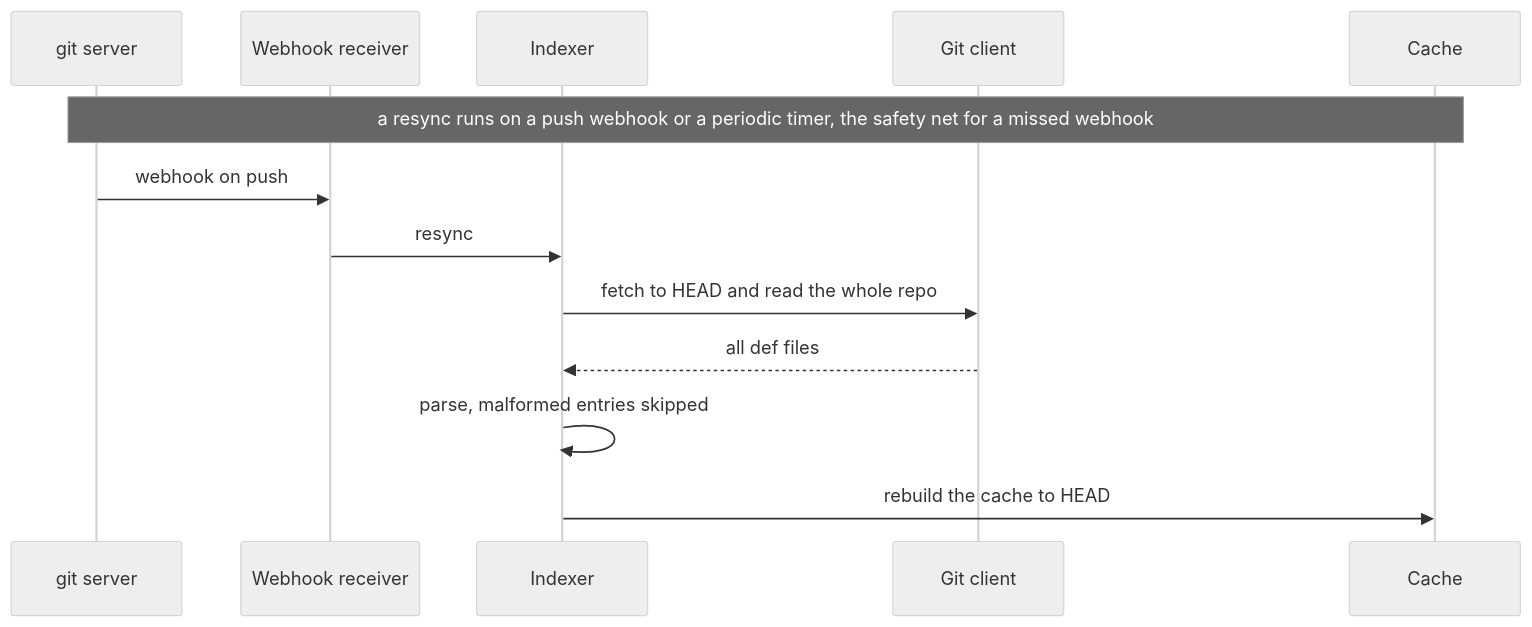
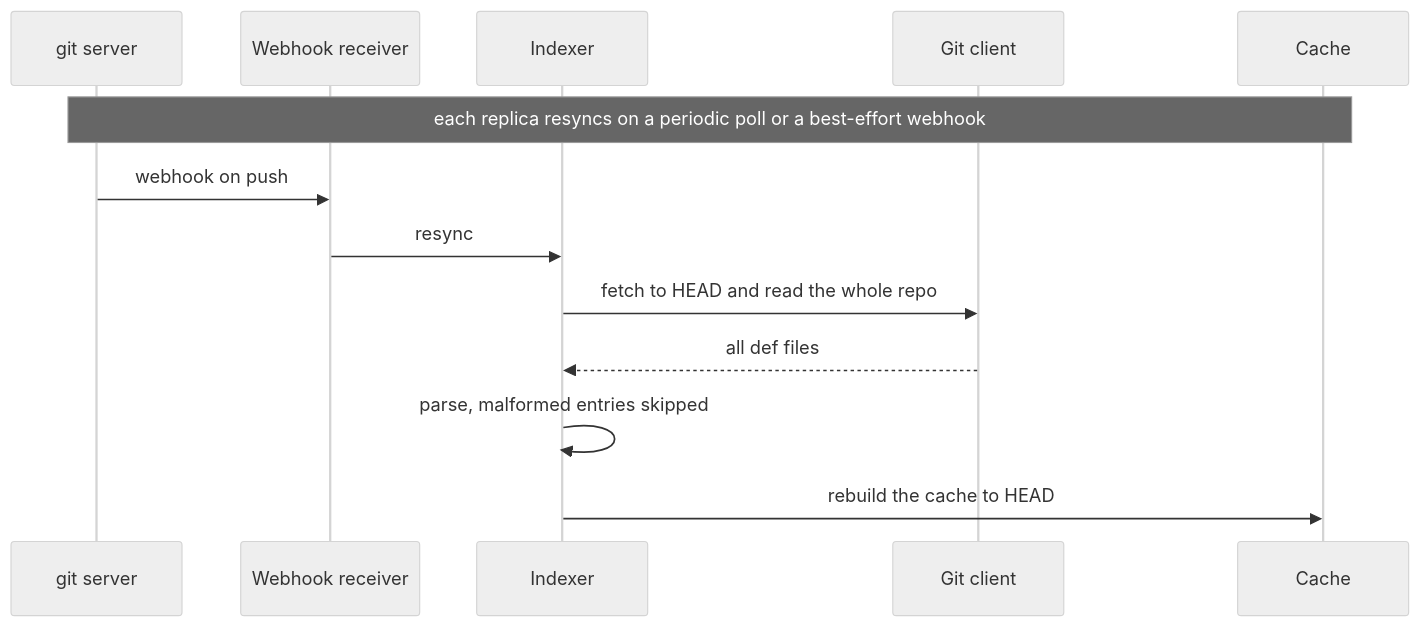
One commit to Netcracker/qubership-envgene changed the fourth of 5 diagrams in docs/analysis/app-reg-def/service/architecture.md. Above: the diagram before and after it, drawn with Mermaid (neutral theme). The commit also changed other lines of this file and 2 other files, not shown here.

````diff
--- a/docs/analysis/app-reg-def/service/architecture.md
+++ b/docs/analysis/app-reg-def/service/architecture.md
@@ -96,15 +128,15 @@
 ```mermaid
 sequenceDiagram
   participant GS as git server
   participant WR as Webhook receiver
   participant IX as Indexer
   participant GA as Git client
   participant Cache
-  Note over GS,Cache: a resync runs on a push webhook or a periodic timer, the safety net for a missed webhook
+  Note over GS,Cache: each replica resyncs on a periodic poll or a best-effort webhook
   GS->>WR: webhook on push
   WR->>IX: resync
   IX->>GA: fetch to HEAD and read the whole repo
   GA-->>IX: all def files
   IX->>IX: parse, malformed entries skipped
   IX->>Cache: rebuild the cache to HEAD
 ```
````
